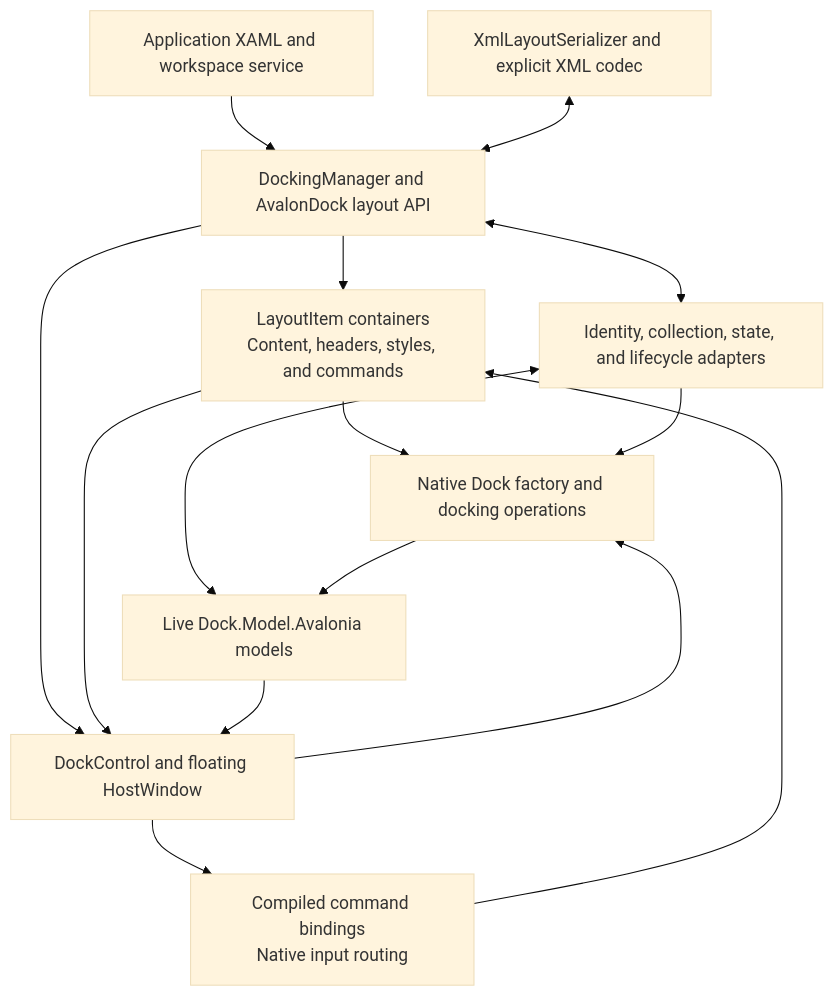
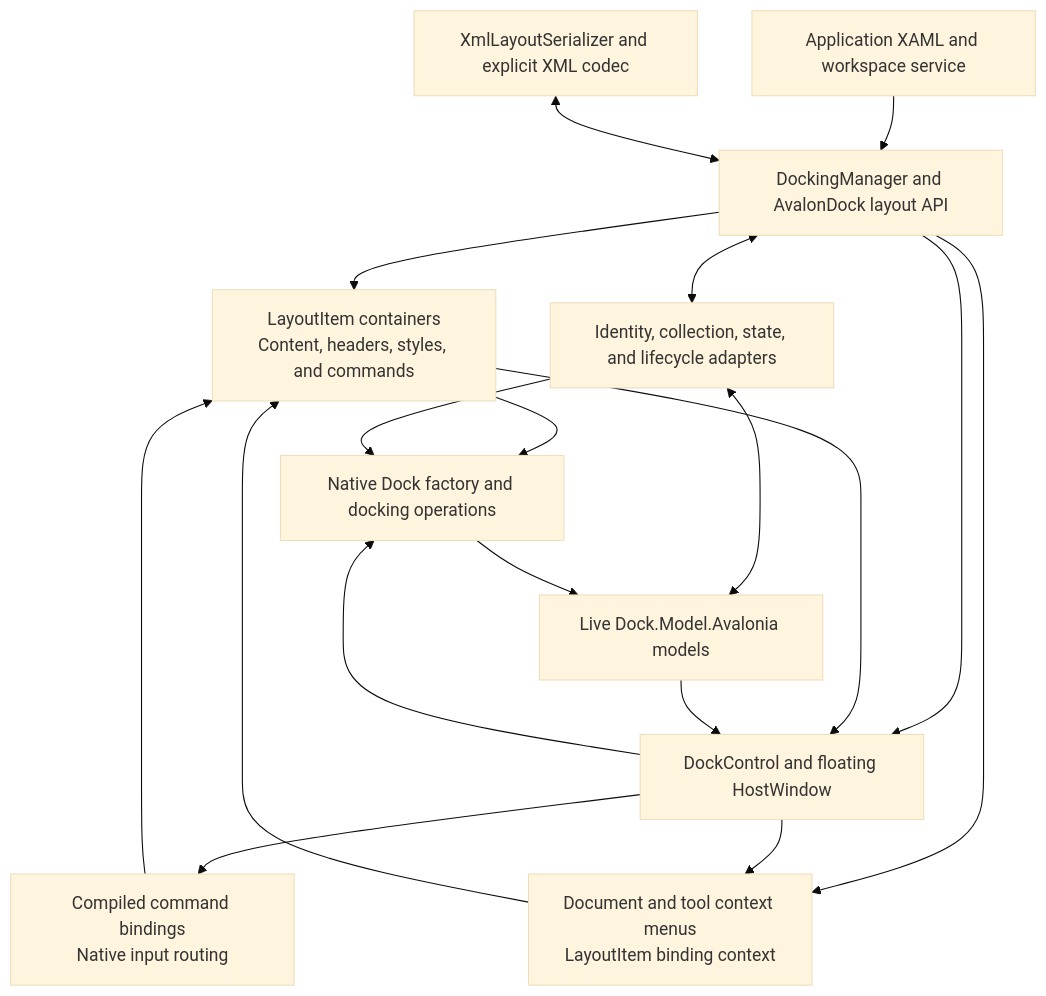
Before and after one commit to wieslawsoltes/Dock: the diagram in src/Dock.Avalonia.AvalonDock/AVALONDOCK.md, drawn with Mermaid (base theme). The commit also changed other lines of this file and 19 other files, not shown here.

Commit message:
Support manager-owned AvalonDock context menus

````diff
--- a/src/Dock.Avalonia.AvalonDock/AVALONDOCK.md
+++ b/src/Dock.Avalonia.AvalonDock/AVALONDOCK.md
@@ -177,26 +200,30 @@
 ```mermaid
 flowchart TB
     App["Application XAML and workspace service"]
     Api["DockingManager and AvalonDock layout API"]
     Items["LayoutItem containers<br/>Content, headers, styles, and commands"]
     Commands["Compiled command bindings<br/>Native input routing"]
+    Menus["Document and tool context menus<br/>LayoutItem binding context"]
     Bridge["Identity, collection, state, and lifecycle adapters"]
     Models["Live Dock.Model.Avalonia models"]
     Factory["Native Dock factory and docking operations"]
     View["DockControl and floating HostWindow"]
     Xml["XmlLayoutSerializer and explicit XML codec"]
     App --> Api
     Api --> Items
     Items --> Factory
     Api <--> Bridge
     Bridge <--> Models
     Bridge --> Factory
     Factory --> Models
     Api --> View
     Items --> View
     View --> Commands
     Commands --> Items
+    Api --> Menus
+    View --> Menus
+    Menus --> Items
     Models --> View
     View --> Factory
     Xml <--> Api
 ```
````
